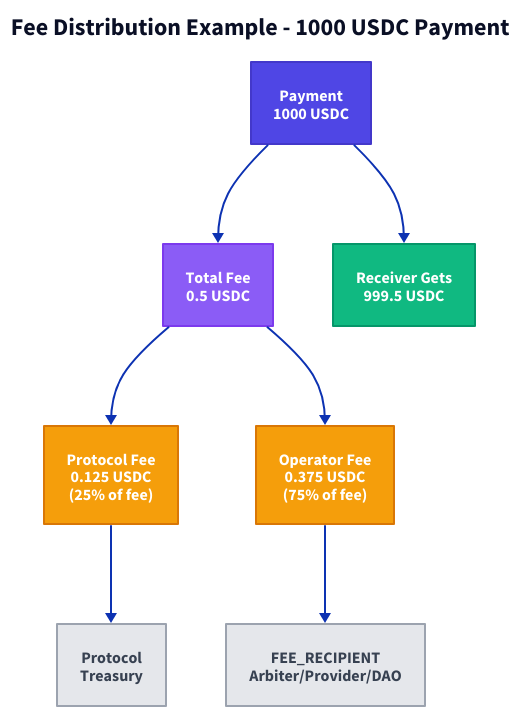
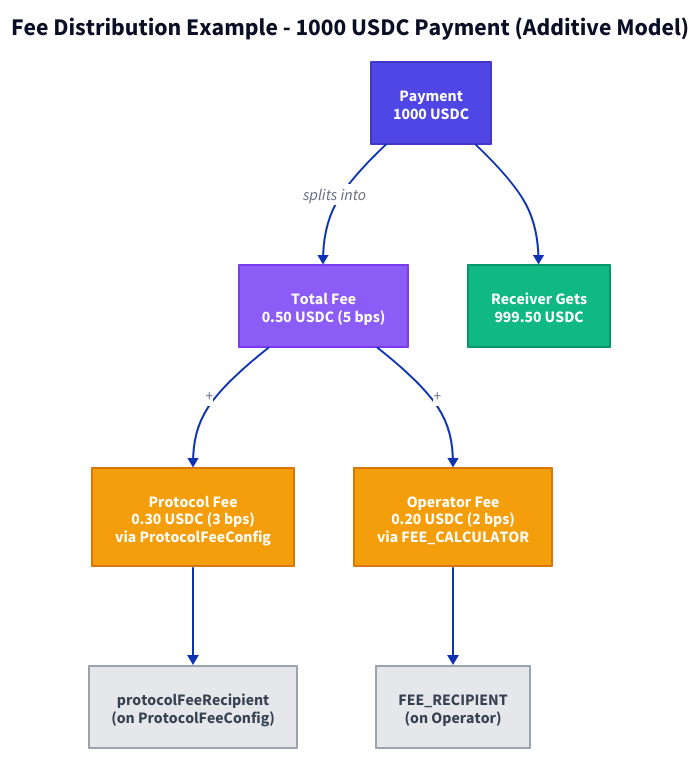
Before and after one commit to BackTrackCo/docs: the diagram in images/fee-distribution.d2, drawn with D2. The commit also changed 12 other files, not shown here.

```diff
--- a/images/fee-distribution.d2
+++ b/images/fee-distribution.d2
@@ -1,80 +1,80 @@
 direction: down
 
-title: Fee Distribution Example - 1000 USDC Payment {
+title: Fee Distribution Example - 1000 USDC Payment (Additive Model) {
   near: top-center
   shape: text
   style: {
     font-size: 24
     bold: true
   }
 }
 
 payment: Payment\n1000 USDC {
   style: {
     fill: "#4f46e5"
     stroke: "#4338ca"
     font-color: "#ffffff"
     bold: true
   }
 }
 
-total_fee: Total Fee\n0.5 USDC {
+total_fee: Total Fee\n0.50 USDC (5 bps) {
   style: {
     fill: "#8b5cf6"
     stroke: "#7c3aed"
     font-color: "#ffffff"
     bold: true
   }
 }
 
-receiver: Receiver Gets\n999.5 USDC {
+receiver: Receiver Gets\n999.50 USDC {
   style: {
     fill: "#10b981"
     stroke: "#059669"
     font-color: "#ffffff"
     bold: true
   }
 }
 
-protocol_fee: Protocol Fee\n0.125 USDC\n(25% of fee) {
+protocol_fee: Protocol Fee\n0.30 USDC (3 bps)\nvia ProtocolFeeConfig {
   style: {
     fill: "#f59e0b"
     stroke: "#d97706"
     font-color: "#ffffff"
     bold: true
   }
 }
 
-operator_fee: Operator Fee\n0.375 USDC\n(75% of fee) {
+operator_fee: Operator Fee\n0.20 USDC (2 bps)\nvia FEE_CALCULATOR {
   style: {
     fill: "#f59e0b"
     stroke: "#d97706"
     font-color: "#ffffff"
     bold: true
   }
 }
 
-protocol_treasury: Protocol\nTreasury {
+protocol_treasury: protocolFeeRecipient\n(on ProtocolFeeConfig) {
   style: {
     fill: "#e5e7eb"
     stroke: "#9ca3af"
     font-color: "#374151"
     bold: true
   }
 }
 
-fee_recipient: FEE_RECIPIENT\nArbiter/Provider/DAO {
+fee_recipient: FEE_RECIPIENT\n(on Operator) {
   style: {
     fill: "#e5e7eb"
     stroke: "#9ca3af"
     font-color: "#374151"
     bold: true
   }
 }
 
-payment -> total_fee
+payment -> total_fee: splits into
 payment -> receiver
-total_fee -> protocol_fee
-total_fee -> operator_fee
+total_fee -> protocol_fee: +
+total_fee -> operator_fee: +
 protocol_fee -> protocol_treasury
 operator_fee -> fee_recipient
```
